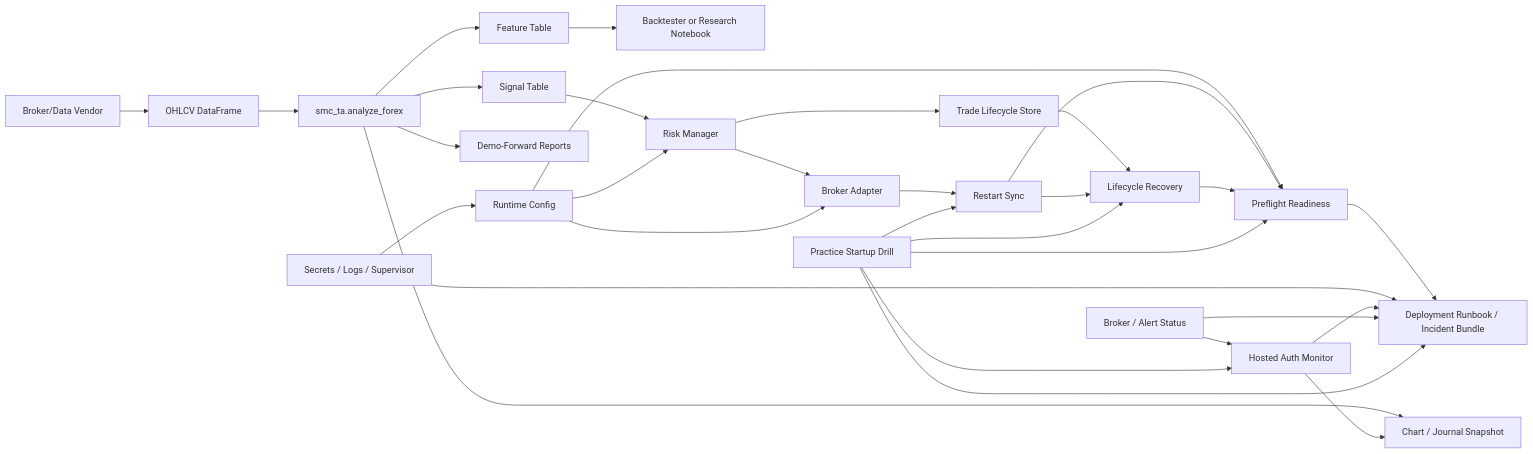
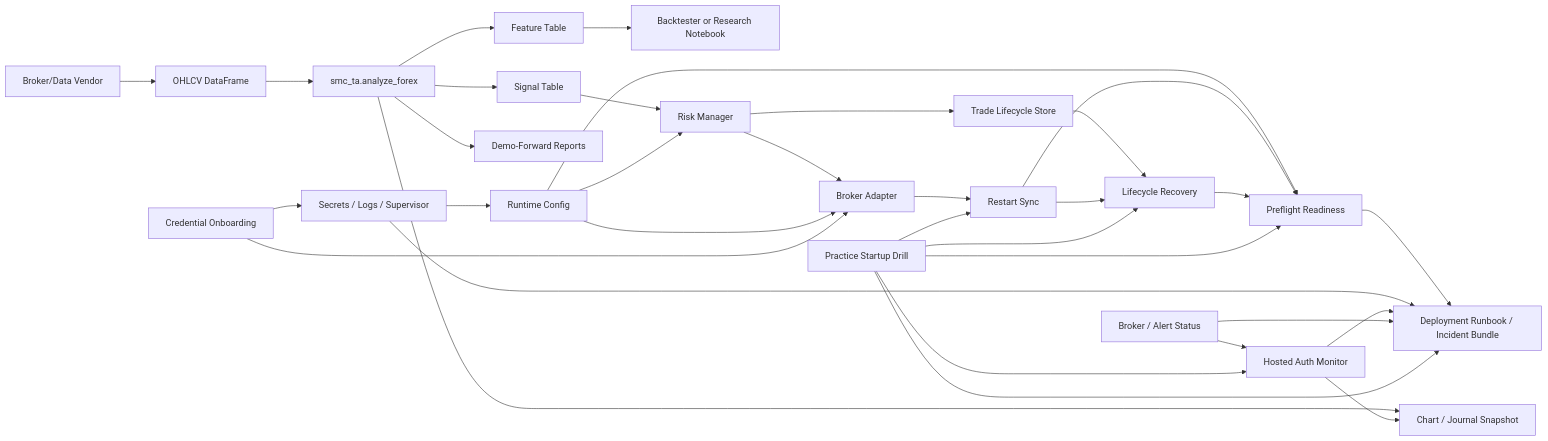
The diagram in docs/BOT_INTEGRATION.md (primebdsm/smcandta), drawn with Mermaid before and after one commit. The commit also changed other lines of this file and 17 other files, not shown here.

Commit message:
Add OANDA credential onboarding

````diff
--- a/docs/BOT_INTEGRATION.md
+++ b/docs/BOT_INTEGRATION.md
@@ -5,33 +5,35 @@
 ```mermaid
 flowchart LR
   A["Broker/Data Vendor"] --> B["OHLCV DataFrame"]
   B --> C["smc_ta.analyze_forex"]
   C --> D["Feature Table"]
   C --> E["Signal Table"]
   D --> F["Backtester or Research Notebook"]
   E --> G["Risk Manager"]
   G --> H["Broker Adapter"]
   G --> J["Trade Lifecycle Store"]
   C --> I["Chart / Journal Snapshot"]
   C --> N["Demo-Forward Reports"]
   K["Runtime Config"] --> G
   K --> H
   K --> L["Preflight Readiness"]
   H --> M["Restart Sync"]
   M --> L
   J --> O["Lifecycle Recovery"]
   M --> O
   O --> L
   L --> P["Deployment Runbook / Incident Bundle"]
   Q["Secrets / Logs / Supervisor"] --> K
   Q --> P
+  U["Credential Onboarding"] --> Q
+  U --> H
   R["Hosted Auth Monitor"] --> I
   R --> P
   S["Broker / Alert Status"] --> R
   S --> P
   T["Practice Startup Drill"] --> M
   T --> O
   T --> L
   T --> R
   T --> P
 ```
````
